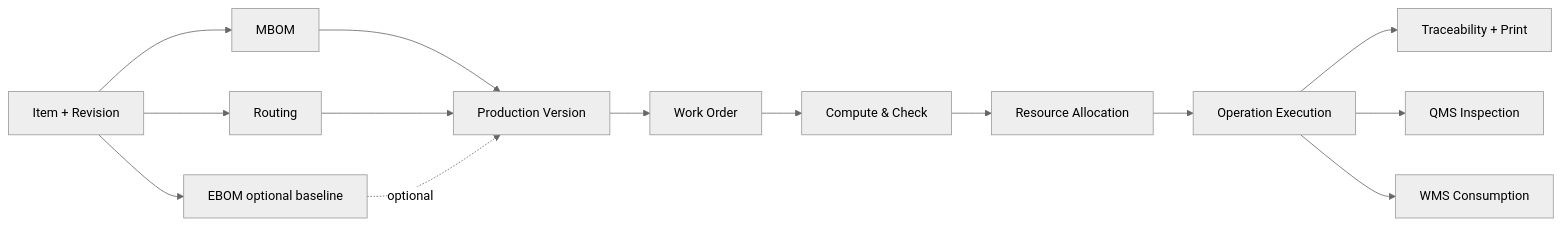
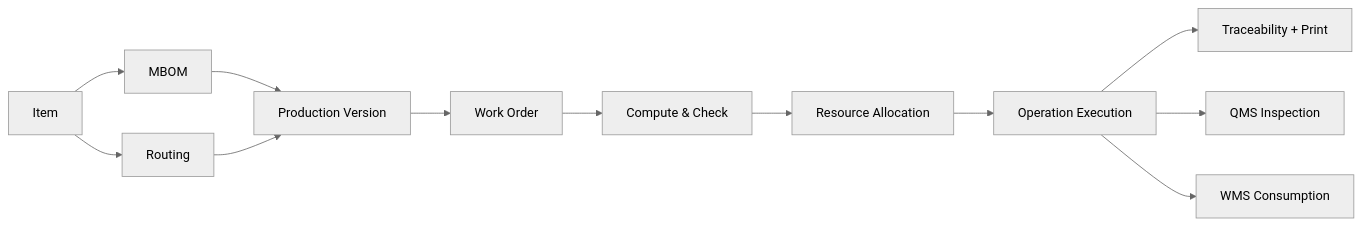
One commit to hoabui-dot/mes-ricoh-system changed the diagram in AI_document/01_BUSINESS_DOMAIN.md. Above: the diagram before and after it, drawn with Mermaid (neutral theme). The commit also changed other lines of this file and 495 other files, not shown here.

````diff
--- a/AI_document/01_BUSINESS_DOMAIN.md
+++ b/AI_document/01_BUSINESS_DOMAIN.md
@@ -7,16 +7,14 @@
 ```mermaid
 flowchart LR
-  Item[Item + Revision] --> EBOM[EBOM optional baseline]
   Item --> MBOM[MBOM]
   Item --> Routing[Routing]
   MBOM --> PV[Production Version]
   Routing --> PV
-  EBOM -.optional.-> PV
   PV --> WO[Work Order]
   WO --> Plan[Compute & Check]
   Plan --> Allocate[Resource Allocation]
   Allocate --> Execute[Operation Execution]
   Execute --> Trace[Traceability + Print]
   Execute --> Quality[QMS Inspection]
   Execute --> Inventory[WMS Consumption]
 ```
````
